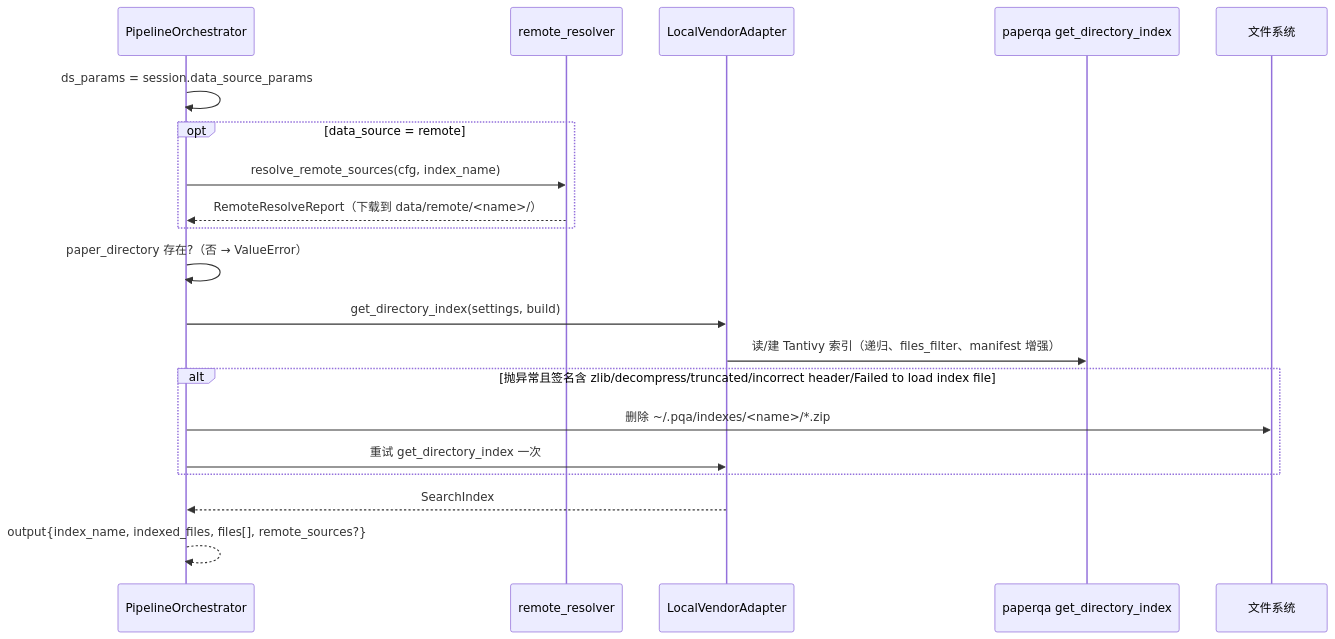
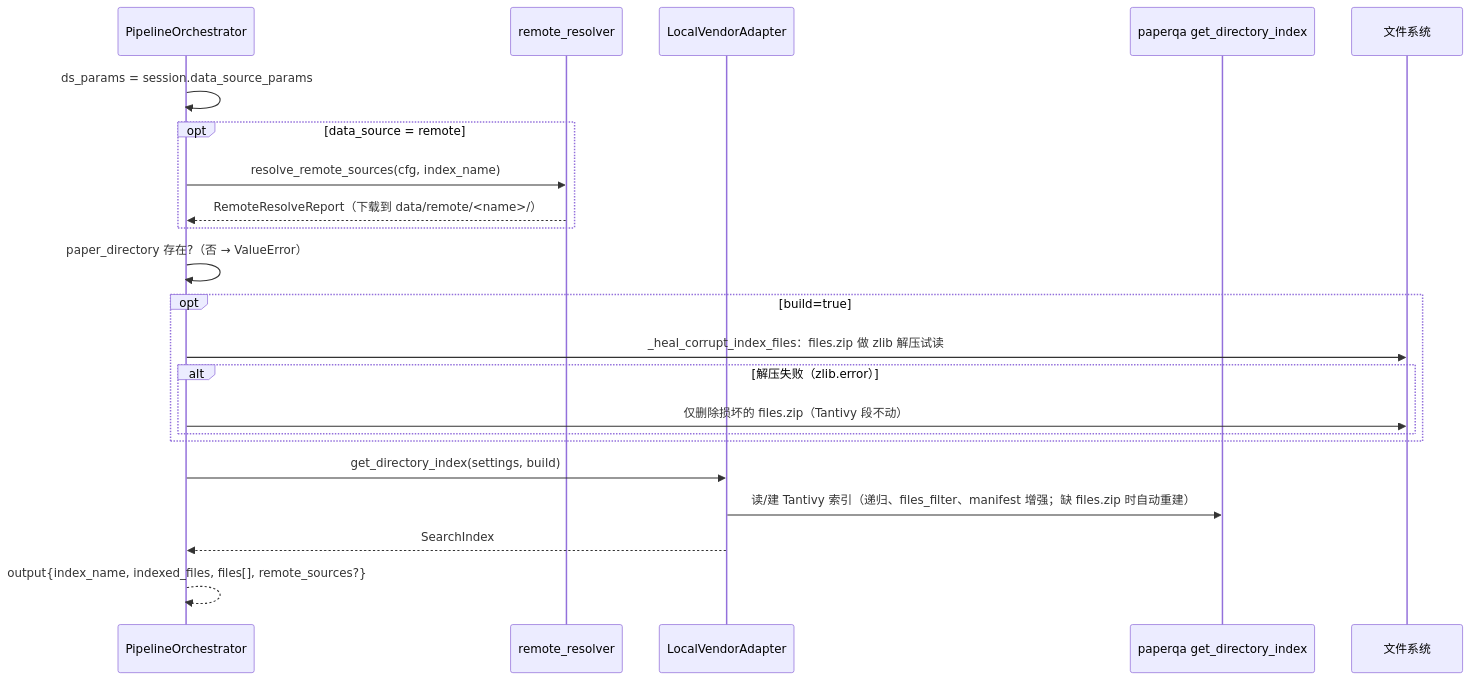
The third of 6 diagrams in docs/4-ALGORITHM.MD (PaperStrange/PaperReadingAgent), drawn with Mermaid before and after one commit. The commit also changed other lines of this file and 11 other files, not shown here.

````diff
--- a/docs/4-ALGORITHM.MD
+++ b/docs/4-ALGORITHM.MD
@@ -277,23 +286,25 @@
 ```mermaid
 sequenceDiagram
     participant OR as PipelineOrchestrator
     participant RS as remote_resolver
     participant EN as LocalVendorAdapter
     participant PQA as paperqa get_directory_index
     participant FS as 文件系统
 
     OR->>OR: ds_params = session.data_source_params
     opt data_source = remote
         OR->>RS: resolve_remote_sources(cfg, index_name)
         RS-->>OR: RemoteResolveReport（下载到 data/remote/<name>/）
     end
     OR->>OR: paper_directory 存在?（否 → ValueError）
+    opt build=true
+        OR->>FS: _heal_corrupt_index_files：files.zip 做 zlib 解压试读
+        alt 解压失败（zlib.error）
+            OR->>FS: 仅删除损坏的 files.zip（Tantivy 段不动）
+        end
+    end
     OR->>EN: get_directory_index(settings, build)
-    EN->>PQA: 读/建 Tantivy 索引（递归、files_filter、manifest 增强）
-    alt 抛异常且签名含 zlib/decompress/truncated/incorrect header/Failed to load index file
-        OR->>FS: 删除 ~/.pqa/indexes/<name>/*.zip
-        OR->>EN: 重试 get_directory_index 一次
-    end
+    EN->>PQA: 读/建 Tantivy 索引（递归、files_filter、manifest 增强；缺 files.zip 时自动重建）
     EN-->>OR: SearchIndex
     OR-->>OR: output{index_name, indexed_files, files[], remote_sources?}
 ```
````
